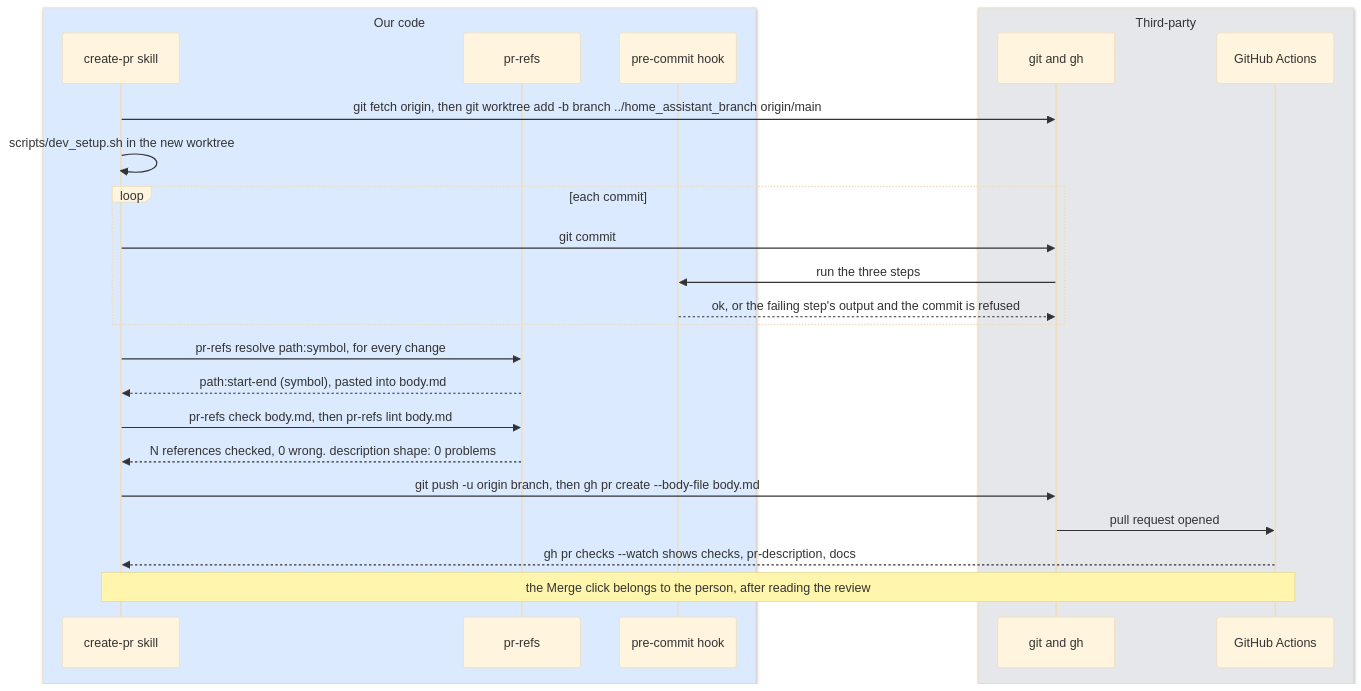
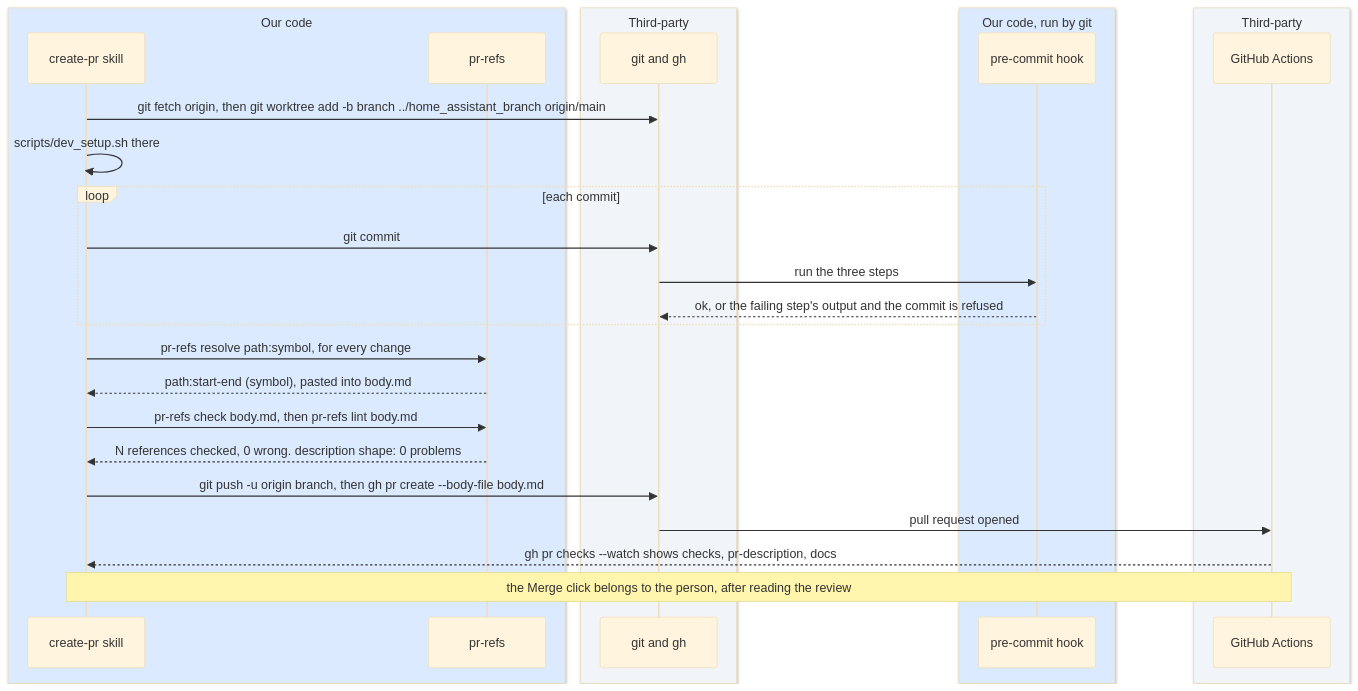
The fifth of 6 diagrams in operator_manual/09_dev_environment.md (seanlin2000/home_assistant), drawn with Mermaid (base theme) before and after one commit. The commit also changed other lines of this file and 33 other files, not shown here.

First line of the commit message:
Diagrams rendered at build time by ELK with a light theme, redrawn as layers; the manual becomes the Home Assistant Handbook

````diff
--- a/operator_manual/09_dev_environment.md
+++ b/operator_manual/09_dev_environment.md
@@ -212,27 +240,31 @@
 ```mermaid
 sequenceDiagram
     box rgb(219,234,254) Our code
         participant skill as create-pr skill
         participant refs as pr-refs
+    end
+    box rgb(241,245,249) Third-party
+        participant git as git and gh
+    end
+    box rgb(219,234,254) Our code, run by git
         participant hook as pre-commit hook
     end
-    box rgb(229,231,235) Third-party
-        participant git as git and gh
+    box rgb(241,245,249) Third-party
         participant actions as GitHub Actions
     end
     skill->>git: git fetch origin, then git worktree add -b branch ../home_assistant_branch origin/main
-    skill->>skill: scripts/dev_setup.sh in the new worktree
+    skill->>skill: scripts/dev_setup.sh there
     loop each commit
         skill->>git: git commit
         git->>hook: run the three steps
         hook-->>git: ok, or the failing step's output and the commit is refused
     end
     skill->>refs: pr-refs resolve path:symbol, for every change
     refs-->>skill: path:start-end (symbol), pasted into body.md
     skill->>refs: pr-refs check body.md, then pr-refs lint body.md
     refs-->>skill: N references checked, 0 wrong. description shape: 0 problems
     skill->>git: git push -u origin branch, then gh pr create --body-file body.md
     git->>actions: pull request opened
     actions-->>skill: gh pr checks --watch shows checks, pr-description, docs
     Note over skill,actions: the Merge click belongs to the person, after reading the review
 ```
````
